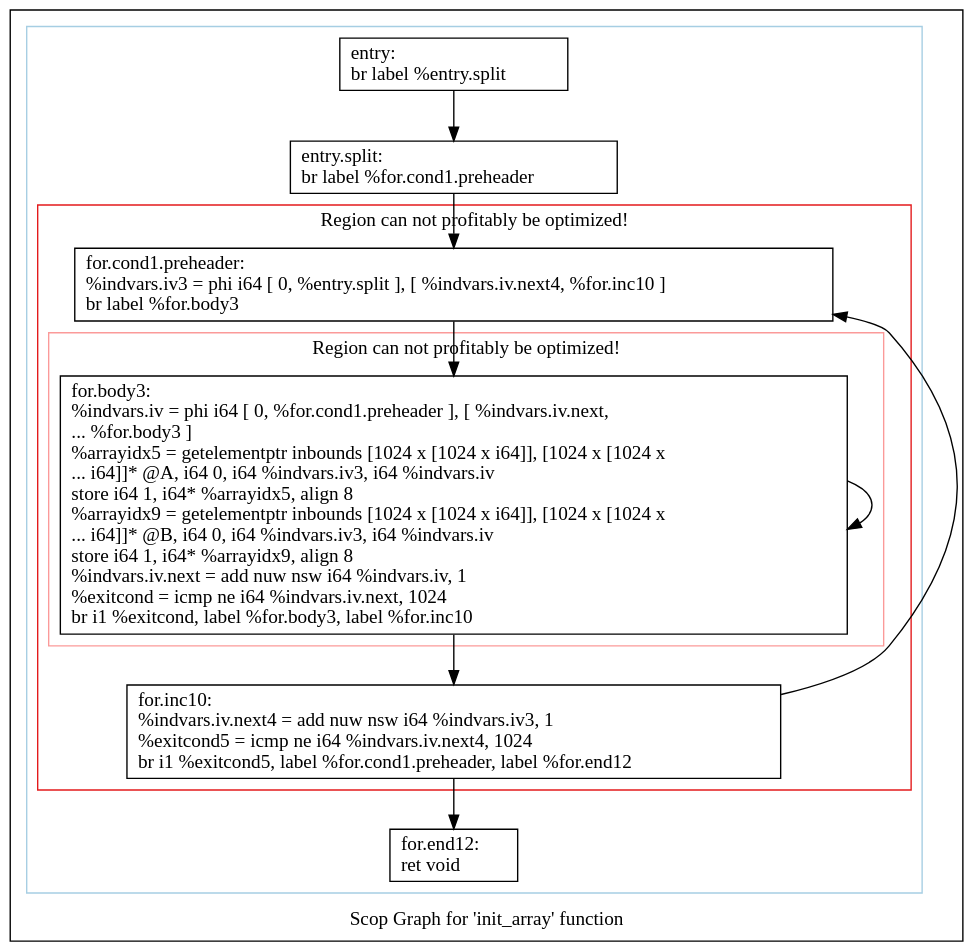
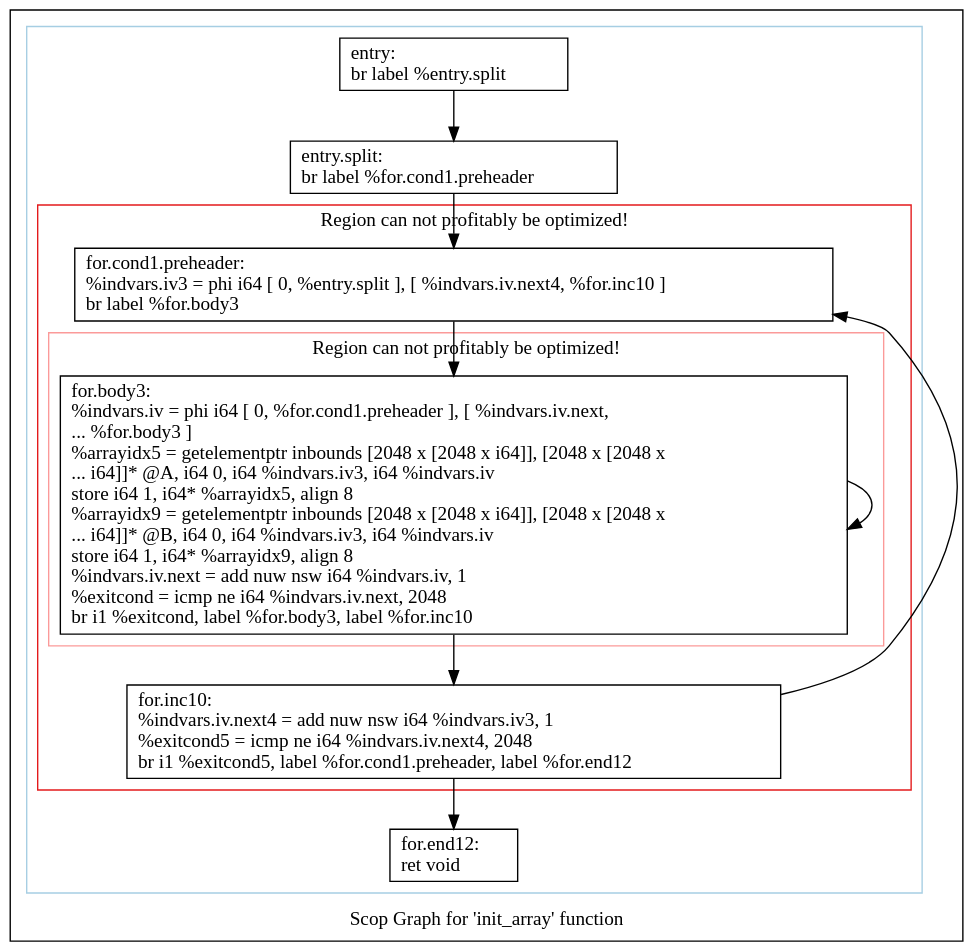
One commit to samminweng/WhileyOpenCL changed the diagram in polly/MatrixMult/impl/handwritten/dot/scops.init_array.dot. Above: the diagram before and after it, drawn with Graphviz. The commit also changed 27 other files, not shown here.

```diff
--- a/polly/MatrixMult/impl/handwritten/dot/scops.init_array.dot
+++ b/polly/MatrixMult/impl/handwritten/dot/scops.init_array.dot
@@ -1,39 +1,39 @@
 digraph "Scop Graph for 'init_array' function" {
 	label="Scop Graph for 'init_array' function";
 
-	Node0x631f690 [shape=record,label="{entry:\l  br label %entry.split\l}"];
-	Node0x631f690 -> Node0x631fc20;
-	Node0x631fc20 [shape=record,label="{entry.split:                                      \l  br label %for.cond1.preheader\l}"];
-	Node0x631fc20 -> Node0x631f6b0;
-	Node0x631f6b0 [shape=record,label="{for.cond1.preheader:                              \l  %indvars.iv3 = phi i64 [ 0, %entry.split ], [ %indvars.iv.next4, %for.inc10 ]\l  br label %for.body3\l}"];
-	Node0x631f6b0 -> Node0x631f5f0;
-	Node0x631f5f0 [shape=record,label="{for.body3:                                        \l  %indvars.iv = phi i64 [ 0, %for.cond1.preheader ], [ %indvars.iv.next,\l... %for.body3 ]\l  %arrayidx5 = getelementptr inbounds [1024 x [1024 x i64]], [1024 x [1024 x\l... i64]]* @A, i64 0, i64 %indvars.iv3, i64 %indvars.iv\l  store i64 1, i64* %arrayidx5, align 8\l  %arrayidx9 = getelementptr inbounds [1024 x [1024 x i64]], [1024 x [1024 x\l... i64]]* @B, i64 0, i64 %indvars.iv3, i64 %indvars.iv\l  store i64 1, i64* %arrayidx9, align 8\l  %indvars.iv.next = add nuw nsw i64 %indvars.iv, 1\l  %exitcond = icmp ne i64 %indvars.iv.next, 1024\l  br i1 %exitcond, label %for.body3, label %for.inc10\l}"];
-	Node0x631f5f0 -> Node0x631f5f0[constraint=false];
-	Node0x631f5f0 -> Node0x631f610;
-	Node0x631f610 [shape=record,label="{for.inc10:                                        \l  %indvars.iv.next4 = add nuw nsw i64 %indvars.iv3, 1\l  %exitcond5 = icmp ne i64 %indvars.iv.next4, 1024\l  br i1 %exitcond5, label %for.cond1.preheader, label %for.end12\l}"];
-	Node0x631f610 -> Node0x631f6b0[constraint=false];
-	Node0x631f610 -> Node0x631e130;
-	Node0x631e130 [shape=record,label="{for.end12:                                        \l  ret void\l}"];
+	Node0x5ee7690 [shape=record,label="{entry:\l  br label %entry.split\l}"];
+	Node0x5ee7690 -> Node0x5ee7c20;
+	Node0x5ee7c20 [shape=record,label="{entry.split:                                      \l  br label %for.cond1.preheader\l}"];
+	Node0x5ee7c20 -> Node0x5ee76b0;
+	Node0x5ee76b0 [shape=record,label="{for.cond1.preheader:                              \l  %indvars.iv3 = phi i64 [ 0, %entry.split ], [ %indvars.iv.next4, %for.inc10 ]\l  br label %for.body3\l}"];
+	Node0x5ee76b0 -> Node0x5ee75f0;
+	Node0x5ee75f0 [shape=record,label="{for.body3:                                        \l  %indvars.iv = phi i64 [ 0, %for.cond1.preheader ], [ %indvars.iv.next,\l... %for.body3 ]\l  %arrayidx5 = getelementptr inbounds [2048 x [2048 x i64]], [2048 x [2048 x\l... i64]]* @A, i64 0, i64 %indvars.iv3, i64 %indvars.iv\l  store i64 1, i64* %arrayidx5, align 8\l  %arrayidx9 = getelementptr inbounds [2048 x [2048 x i64]], [2048 x [2048 x\l... i64]]* @B, i64 0, i64 %indvars.iv3, i64 %indvars.iv\l  store i64 1, i64* %arrayidx9, align 8\l  %indvars.iv.next = add nuw nsw i64 %indvars.iv, 1\l  %exitcond = icmp ne i64 %indvars.iv.next, 2048\l  br i1 %exitcond, label %for.body3, label %for.inc10\l}"];
+	Node0x5ee75f0 -> Node0x5ee75f0[constraint=false];
+	Node0x5ee75f0 -> Node0x5ee7610;
+	Node0x5ee7610 [shape=record,label="{for.inc10:                                        \l  %indvars.iv.next4 = add nuw nsw i64 %indvars.iv3, 1\l  %exitcond5 = icmp ne i64 %indvars.iv.next4, 2048\l  br i1 %exitcond5, label %for.cond1.preheader, label %for.end12\l}"];
+	Node0x5ee7610 -> Node0x5ee76b0[constraint=false];
+	Node0x5ee7610 -> Node0x5ee6130;
+	Node0x5ee6130 [shape=record,label="{for.end12:                                        \l  ret void\l}"];
 	colorscheme = "paired12"
-        subgraph cluster_0x6312e60 {
+        subgraph cluster_0x5edae60 {
           label = "";
           style = solid;
           color = 1
-          subgraph cluster_0x6312fe0 {
+          subgraph cluster_0x5edafe0 {
             label = "Region can not profitably be optimized!";
             style = solid;
             color = 6
-            subgraph cluster_0x6313160 {
+            subgraph cluster_0x5edb160 {
               label = "Region can not profitably be optimized!";
               style = solid;
               color = 5
-              Node0x631f5f0;
+              Node0x5ee75f0;
             }
-            Node0x631f6b0;
-            Node0x631f610;
+            Node0x5ee76b0;
+            Node0x5ee7610;
           }
-          Node0x631f690;
-          Node0x631fc20;
-          Node0x631e130;
+          Node0x5ee7690;
+          Node0x5ee7c20;
+          Node0x5ee6130;
         }
 }
```
